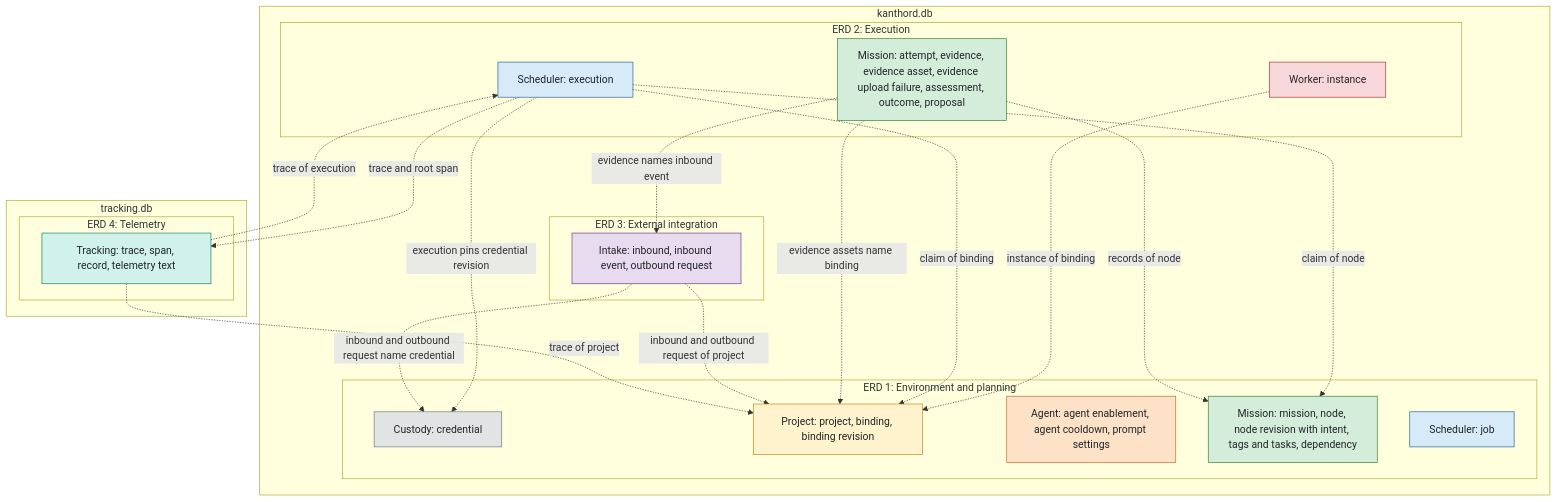
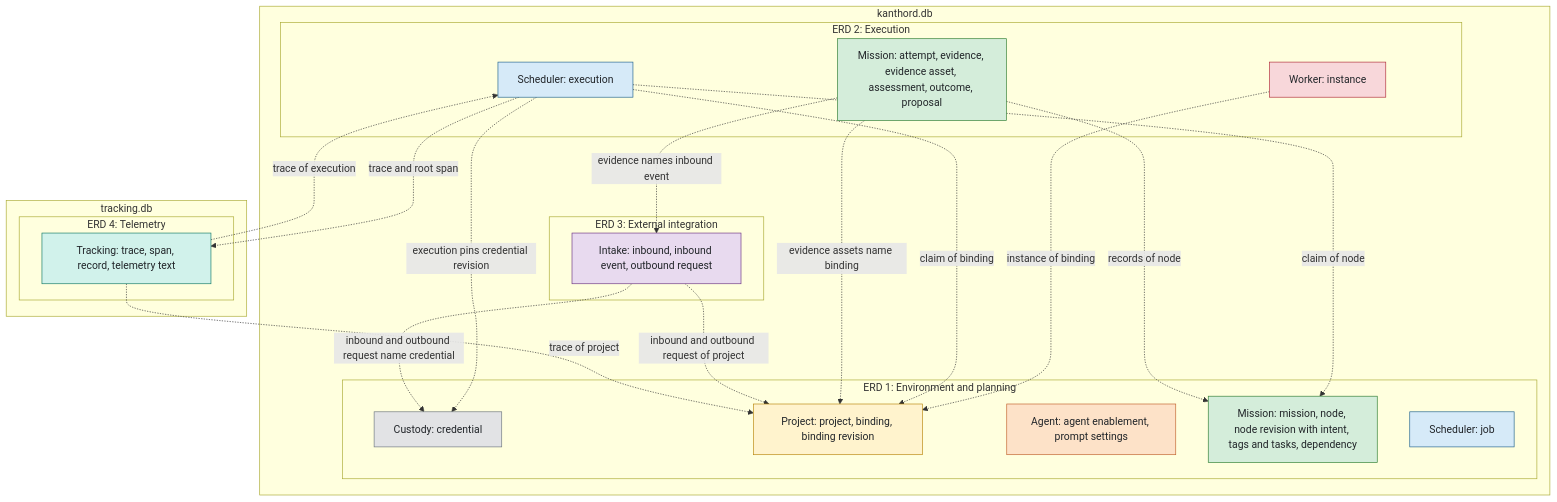
Before and after one commit to kanthorlabs/kanthord: the diagram in docs/reference/erd/README.md, drawn with Mermaid. The commit also changed other lines of this file and 3 other files, not shown here.

Commit message:
docs(erd): drop the removed tables and columns and record the new ones

````diff
--- a/docs/reference/erd/README.md
+++ b/docs/reference/erd/README.md
@@ -32,58 +32,58 @@
 ```mermaid
 flowchart TB
     subgraph db1["kanthord.db"]
         subgraph v1["ERD 1: Environment and planning"]
             c1["Custody: credential"]
             p1["Project: project, binding, binding revision"]
-            a1["Agent: agent enablement, agent cooldown, prompt settings"]
+            a1["Agent: agent enablement, prompt settings"]
             m1["Mission: mission, node, node revision with intent, tags and tasks, dependency"]
             s1["Scheduler: job"]
         end
         subgraph v2["ERD 2: Execution"]
             w2["Worker: instance"]
             s2["Scheduler: execution"]
-            m2["Mission: attempt, evidence, evidence asset, evidence upload failure, assessment, outcome, proposal"]
+            m2["Mission: attempt, evidence, evidence asset, assessment, outcome, proposal"]
         end
         subgraph v3["ERD 3: External integration"]
             i3["Intake: inbound, inbound event, outbound request"]
         end
     end
     subgraph db2["tracking.db"]
         subgraph v4["ERD 4: Telemetry"]
             t4["Tracking: trace, span, record, telemetry text"]
         end
     end
 
     w2 -.->|instance of binding| p1
     s2 -.->|claim of node| m1
     s2 -.->|claim of binding| p1
     s2 -.->|execution pins credential revision| c1
     m2 -.->|records of node| m1
     m2 -.->|evidence assets name binding| p1
 
     i3 -.->|inbound and outbound request of project| p1
     i3 -.->|inbound and outbound request name credential| c1
     m2 -.->|evidence names inbound event| i3
 
     t4 -.->|trace of execution| s2
     s2 -.->|trace and root span| t4
     t4 -.->|trace of project| p1
 
     classDef custody fill:#e2e3e5,stroke:#6c757d,color:#212529
     classDef project fill:#fff3cd,stroke:#b8860b,color:#212529
     classDef worker fill:#f8d7da,stroke:#b02a37,color:#212529
     classDef agent fill:#fde2c8,stroke:#c0602b,color:#212529
     classDef mission fill:#d4edda,stroke:#2e7d32,color:#212529
     classDef scheduler fill:#d6eaf8,stroke:#1f618d,color:#212529
     classDef intake fill:#e8daef,stroke:#6c3483,color:#212529
     classDef tracking fill:#d1f2eb,stroke:#117a65,color:#212529
 
     class c1 custody
     class p1 project
     class w2 worker
     class a1 agent
     class m1,m2 mission
     class s1,s2 scheduler
     class i3 intake
     class t4 tracking
 ```
````
